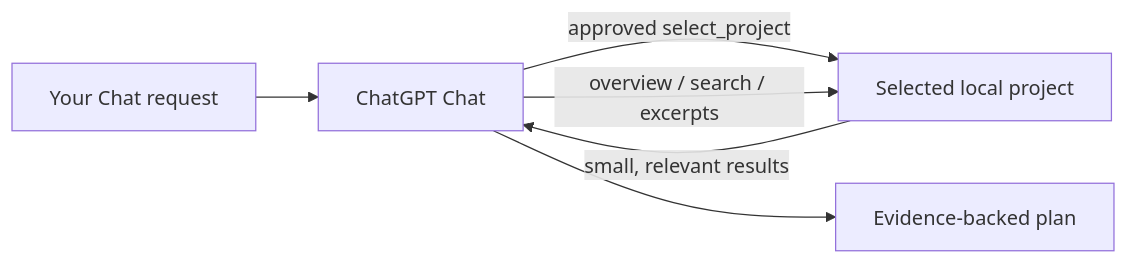
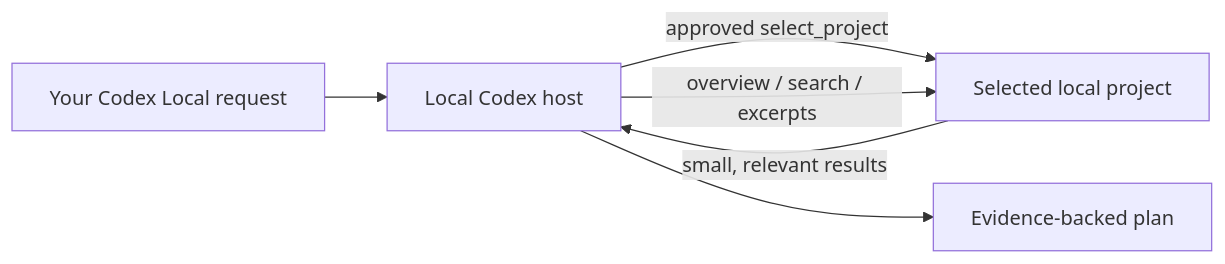
Before and after one commit to dangzitou/codex-context-reader: the diagram in README.md, drawn with Mermaid. The commit also changed other lines of this file and 3 other files, not shown here.

Commit message:
fix: scope local MCP to Codex tasks

````diff
--- a/README.md
+++ b/README.md
@@ -23,8 +33,8 @@
 ```mermaid
 flowchart LR
-  U[Your Chat request] --> C[ChatGPT Chat]
+  U[Your Codex Local request] --> C[Local Codex host]
   C -->|approved select_project| P[Selected local project]
   C -->|overview / search / excerpts| P
   P -->|small, relevant results| C
   C --> A[Evidence-backed plan]
 ```
````
